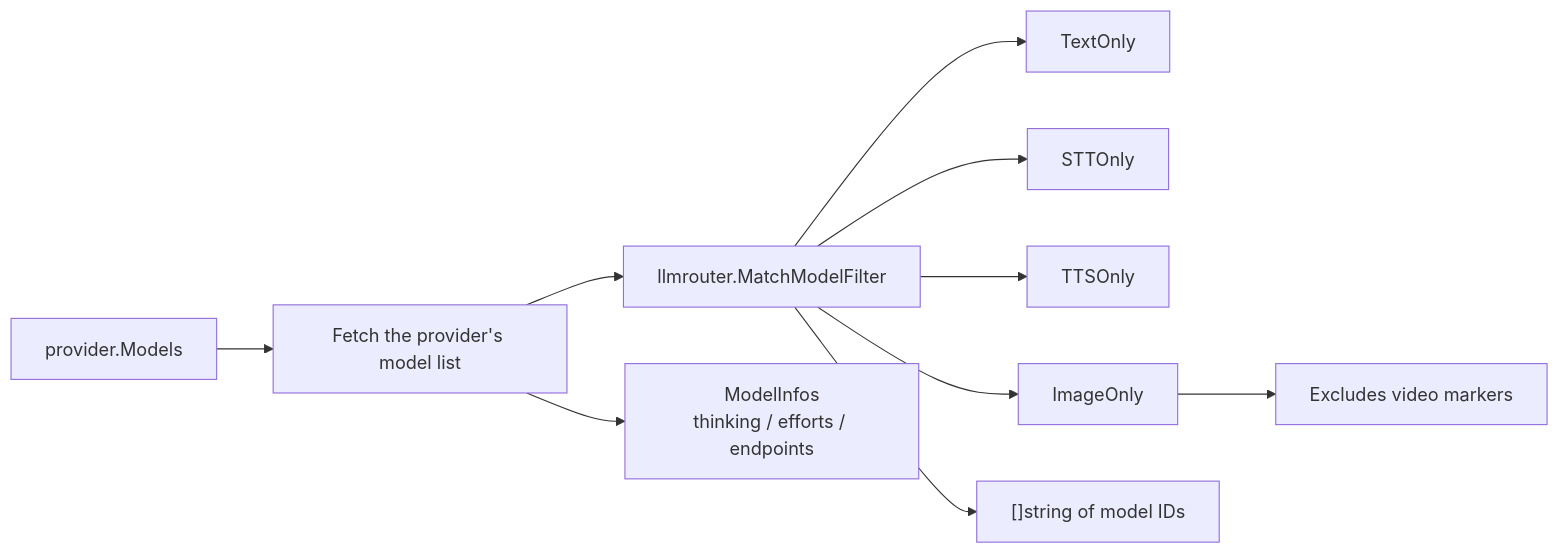
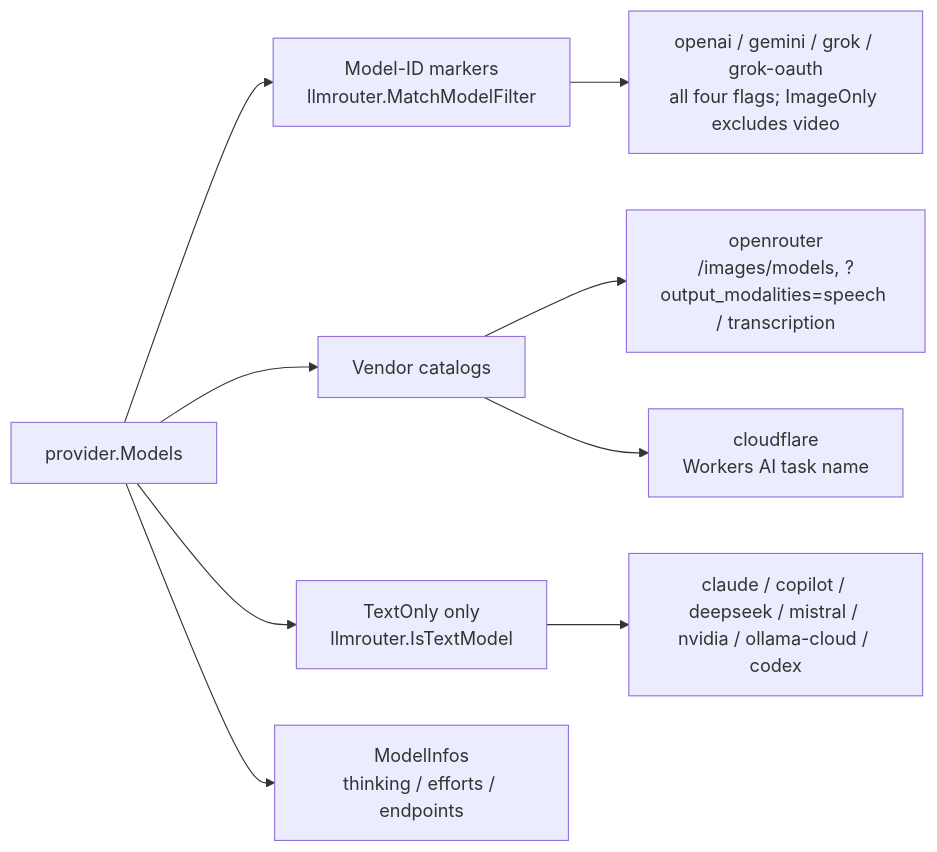
One commit to pardnchiu/go-llm-router changed the eighth of 11 diagrams in doc/architecture.md. Above: the diagram before and after it, drawn with Mermaid. The commit also changed other lines of this file and 5 other files, not shown here.

Commit message:
doc: Document OpenRouter media support and per-provider model filters

````diff
--- a/doc/architecture.md
+++ b/doc/architecture.md
@@ -180,12 +183,11 @@
 ```mermaid
 graph LR
-    Models[provider.Models] --> Fetch[Fetch the provider's model list]
-    Fetch --> Match[llmrouter.MatchModelFilter]
-    Match --> TextOnly[TextOnly]
-    Match --> STTOnly[STTOnly]
-    Match --> TTSOnly[TTSOnly]
-    Match --> ImageOnly[ImageOnly]
-    ImageOnly --> NoVideo[Excludes video markers]
-    Match --> IDs["[]string of model IDs"]
-    Fetch --> Infos[ModelInfos<br/>thinking / efforts / endpoints]
+    Models[provider.Models] --> Markers[Model-ID markers<br/>llmrouter.MatchModelFilter]
+    Models --> Catalog[Vendor catalogs]
+    Models --> TextOnlyOnly[TextOnly only<br/>llmrouter.IsTextModel]
+    Markers --> MarkerProviders[openai / gemini / grok / grok-oauth<br/>all four flags; ImageOnly excludes video]
+    Catalog --> OpenRouterCat[openrouter<br/>/images/models, ?output_modalities=speech / transcription]
+    Catalog --> CloudflareCat[cloudflare<br/>Workers AI task name]
+    TextOnlyOnly --> TextProviders[claude / copilot / deepseek / mistral / nvidia / ollama-cloud / codex]
+    Models --> Infos[ModelInfos<br/>thinking / efforts / endpoints]
 ```
````
